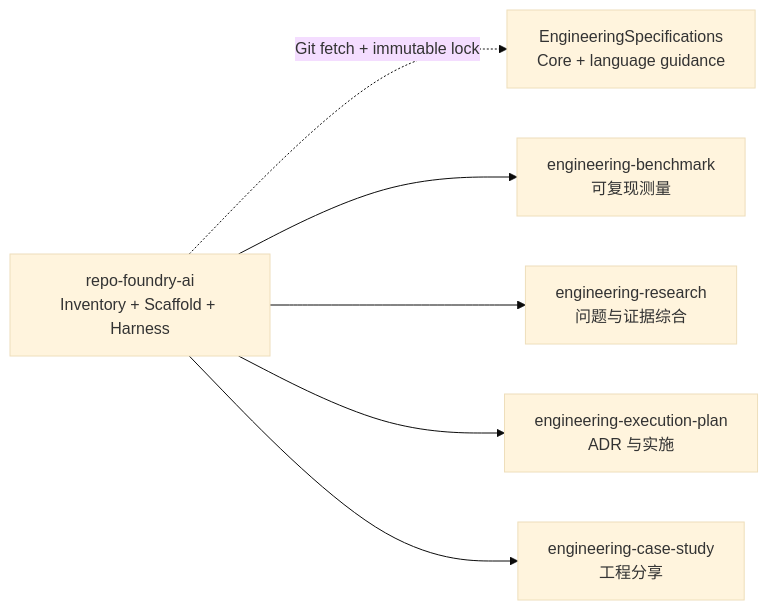
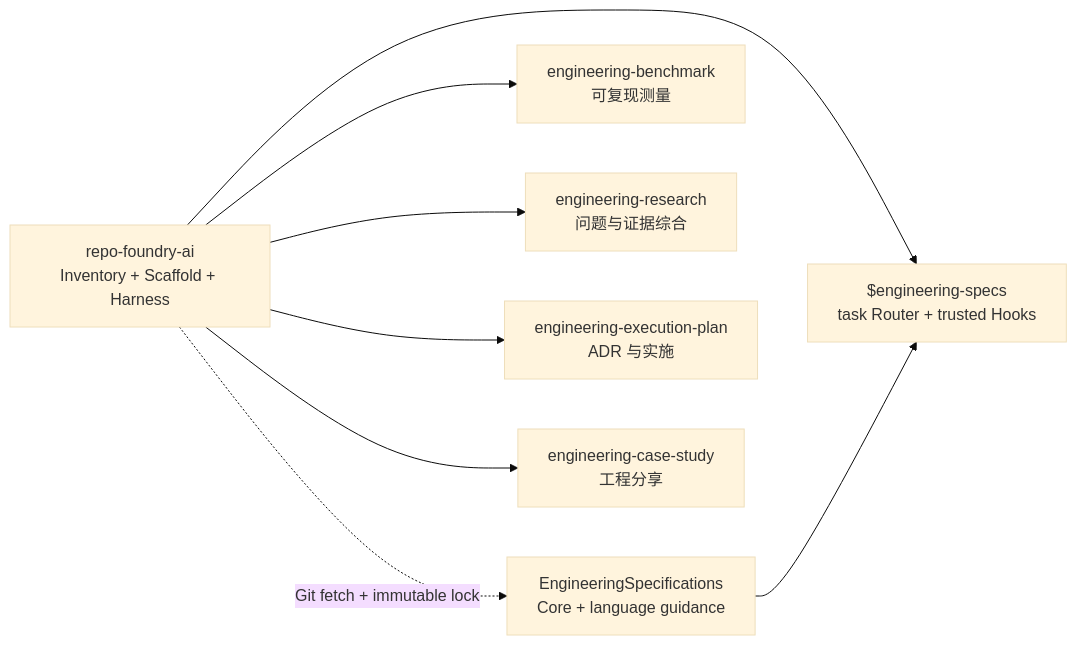
One commit to XiaoWeiKIN/RepoFoundryAI changed the diagram in SKILL.md. Above: the diagram before and after it, drawn with Mermaid (base theme). The commit also changed other lines of this file and 25 other files, not shown here.

````diff
--- a/SKILL.md
+++ b/SKILL.md
@@ -13,9 +13,11 @@
 ```mermaid
 flowchart LR
     W["repo-foundry-ai<br/>Inventory + Scaffold + Harness"]
     W -.->|"Git fetch + immutable lock"| S["EngineeringSpecifications<br/>Core + language guidance"]
+    W --> T["$engineering-specs<br/>task Router + trusted Hooks"]
+    S --> T
     W --> B["engineering-benchmark<br/>可复现测量"]
     W --> R["engineering-research<br/>问题与证据综合"]
     W --> E["engineering-execution-plan<br/>ADR 与实施"]
     W --> C["engineering-case-study<br/>工程分享"]
 ```
````
